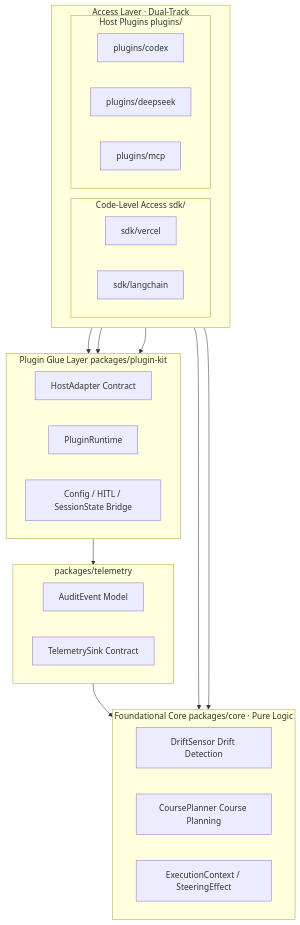
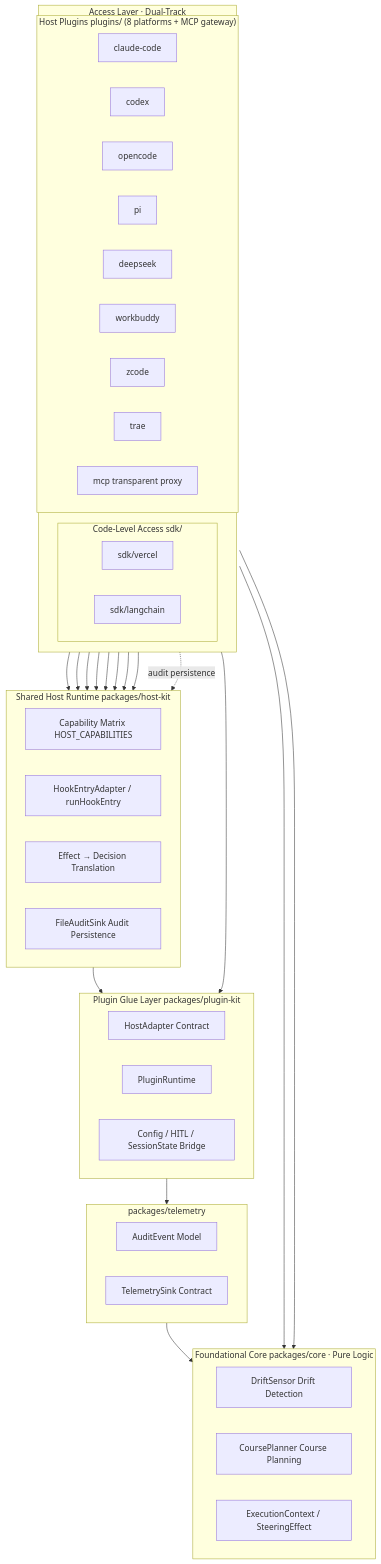
Before and after one commit to chaos-design/arcs: the first of 2 diagrams in README.md, drawn with Mermaid. The commit also changed other lines of this file and 12 other files, not shown here.

````diff
--- a/README.md
+++ b/README.md
@@ -66,37 +66,57 @@
 ```mermaid
 flowchart TB
   subgraph L1["Access Layer · Dual-Track"]
     direction LR
     subgraph SDK["Code-Level Access sdk/"]
       SV["sdk/vercel"]
       SL["sdk/langchain"]
     end
-    subgraph PL["Host Plugins plugins/"]
-      CODEX["plugins/codex"]
-      DS["plugins/deepseek"]
-      MCP["plugins/mcp"]
+    subgraph PL["Host Plugins plugins/ (8 platforms + MCP gateway)"]
+      CC["claude-code"]
+      CODEX["codex"]
+      OC["opencode"]
+      PI["pi"]
+      DS["deepseek"]
+      WB["workbuddy"]
+      ZC["zcode"]
+      TR["trae"]
+      MCP["mcp transparent proxy"]
     end
+  end
+  subgraph HK["Shared Host Runtime packages/host-kit"]
+    CAP["Capability Matrix HOST_CAPABILITIES"]
+    HOOK["HookEntryAdapter / runHookEntry"]
+    DEC["Effect → Decision Translation"]
+    AUDIT["FileAuditSink Audit Persistence"]
   end
   subgraph KIT["Plugin Glue Layer packages/plugin-kit"]
     HA["HostAdapter Contract"]
     RT["PluginRuntime"]
     BR["Config / HITL / SessionState Bridge"]
   end
   subgraph TELE["packages/telemetry"]
     AE["AuditEvent Model"]
     TS["TelemetrySink Contract"]
   end
   subgraph CORE["Foundational Core packages/core · Pure Logic"]
     SENSE["DriftSensor Drift Detection"]
     PLAN["CoursePlanner Course Planning"]
     MODEL["ExecutionContext / SteeringEffect"]
   end
 
   SV --> CORE
   SL --> CORE
-  CODEX --> KIT
-  DS --> KIT
+  CC --> HK
+  CODEX --> HK
+  OC --> HK
+  PI --> HK
+  DS --> HK
+  WB --> HK
+  ZC --> HK
+  TR --> HK
   MCP --> KIT
+  MCP -.audit persistence.-> HK
+  HK --> KIT
   KIT --> TELE
   TELE --> CORE
 ```
````
